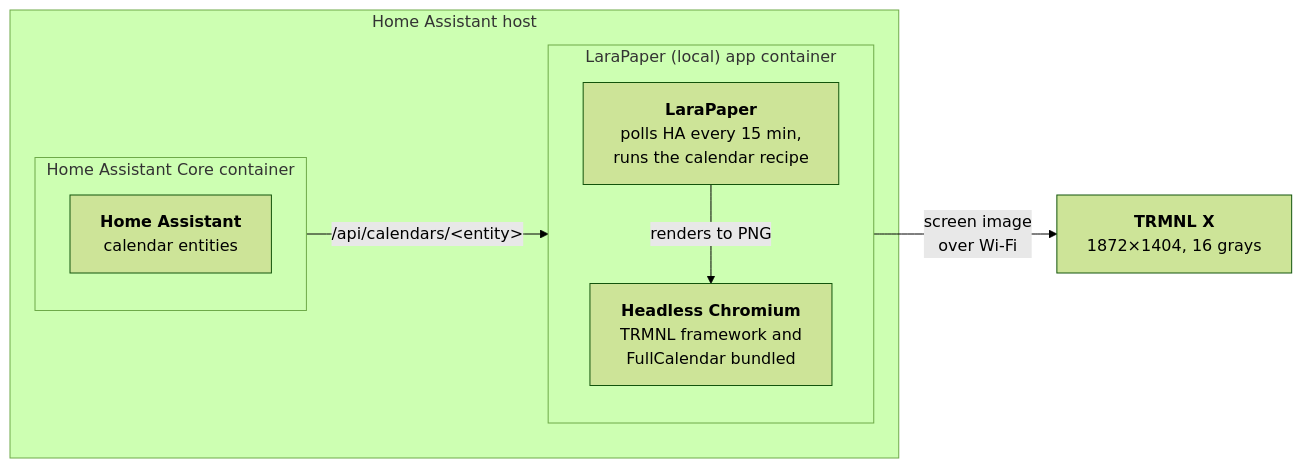
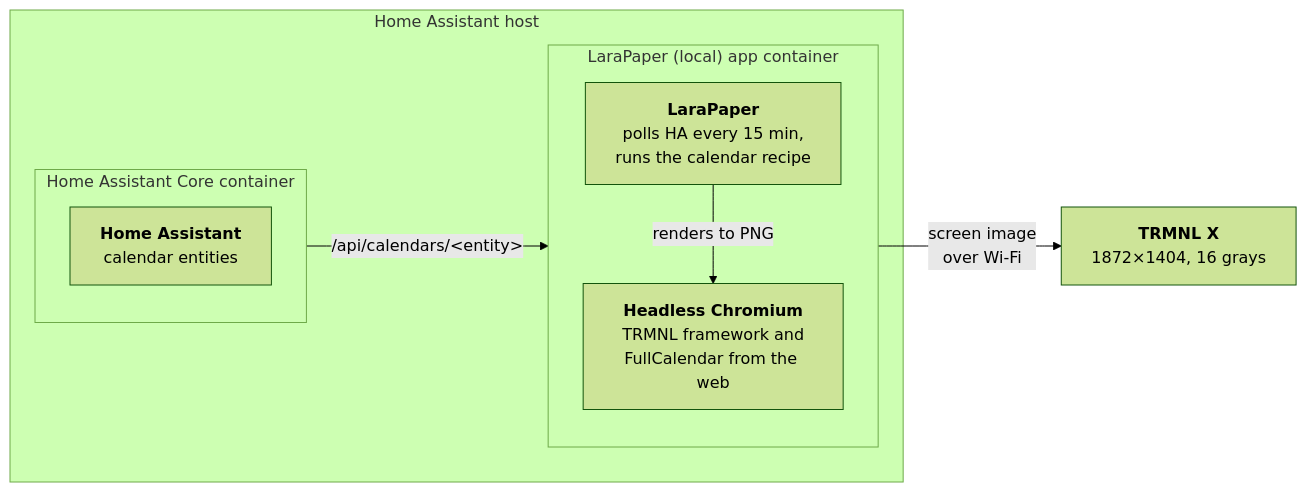
One commit to BartSchuurmans/trmnl-rolling-month-calendar changed the diagram in LARAPAPER.md. Above: the diagram before and after it, drawn with Mermaid (forest theme). The commit also changed other lines of this file and 29 other files, not shown here.

````diff
--- a/LARAPAPER.md
+++ b/LARAPAPER.md
@@ -16,16 +17,16 @@
 ```mermaid
 flowchart LR
     subgraph host["Home Assistant host"]
         subgraph core["Home Assistant Core container"]
             HA["<b>Home Assistant</b><br>calendar entities"]
         end
         subgraph app["LaraPaper (local) app container"]
             LP["<b>LaraPaper</b><br>polls HA every 15 min,<br>runs the calendar recipe"]
-            CR["<b>Headless Chromium</b><br>TRMNL framework and<br>FullCalendar bundled"]
+            CR["<b>Headless Chromium</b><br>TRMNL framework and<br>FullCalendar from the web"]
             LP -- "renders to PNG" --> CR
         end
         core -- "/api/calendars/&lt;entity&gt;" --> app
     end
     X["<b>TRMNL X</b><br>1872×1404, 16 grays"]
     app -- "screen image<br>over Wi-Fi" --> X
 ```
````
